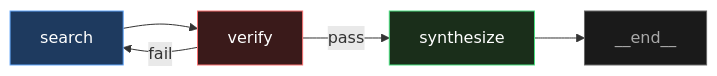
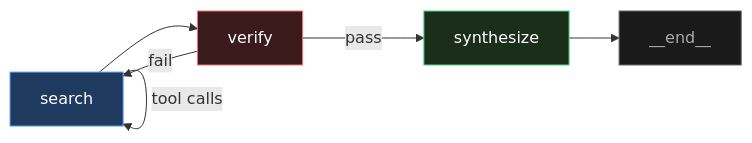
The sixth of 11 diagrams in docs/core/engine-prebuilts.md (CloudEngineHub/DeepMCPAgent), drawn with Mermaid before and after one commit. The commit also changed other lines of this file and 12 other files, not shown here.

````diff
--- a/docs/core/engine-prebuilts.md
+++ b/docs/core/engine-prebuilts.md
@@ -228,12 +228,13 @@
 ```mermaid
 graph LR
-    S[search] --> V[verify]
+    S[search] -->|tool calls| S
+    S --> V[verify]
     V -->|pass| SY[synthesize]
     V -->|fail| S
     SY --> END[__end__]
 
     style S fill:#1e3a5f,stroke:#60a5fa,color:#fff
     style V fill:#3a1a1a,stroke:#f87171,color:#fff
     style SY fill:#1a2e1a,stroke:#4ade80,color:#fff
     style END fill:#1a1a1a,stroke:#666,color:#aaa
 ```
````
